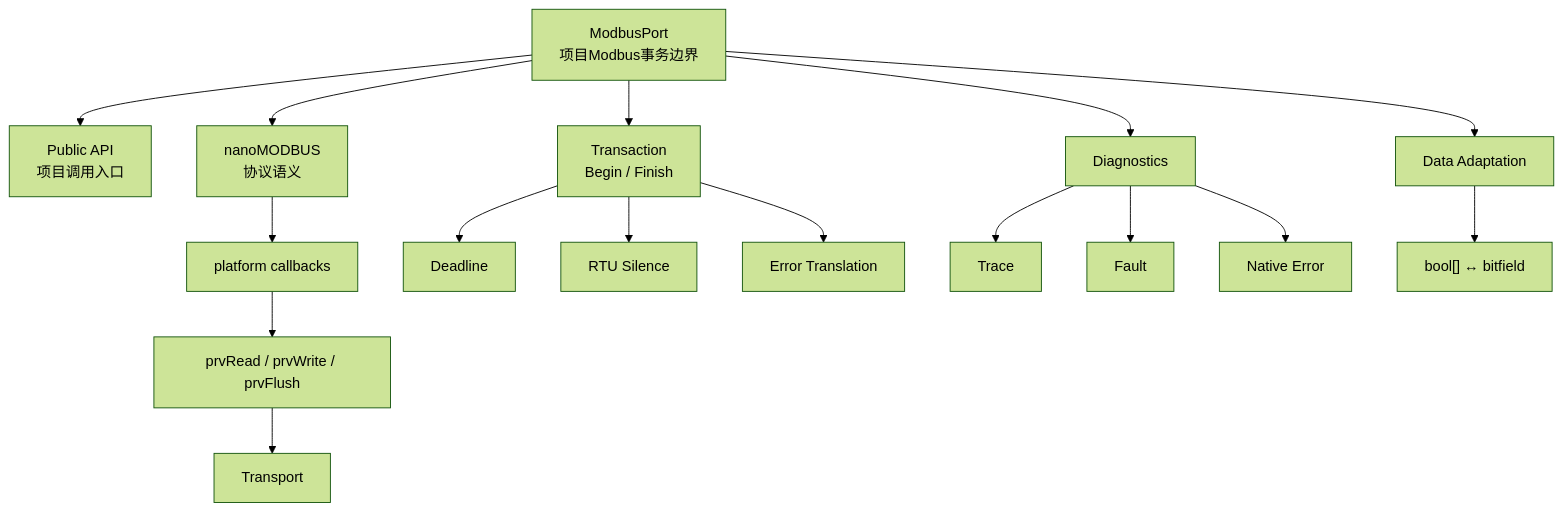
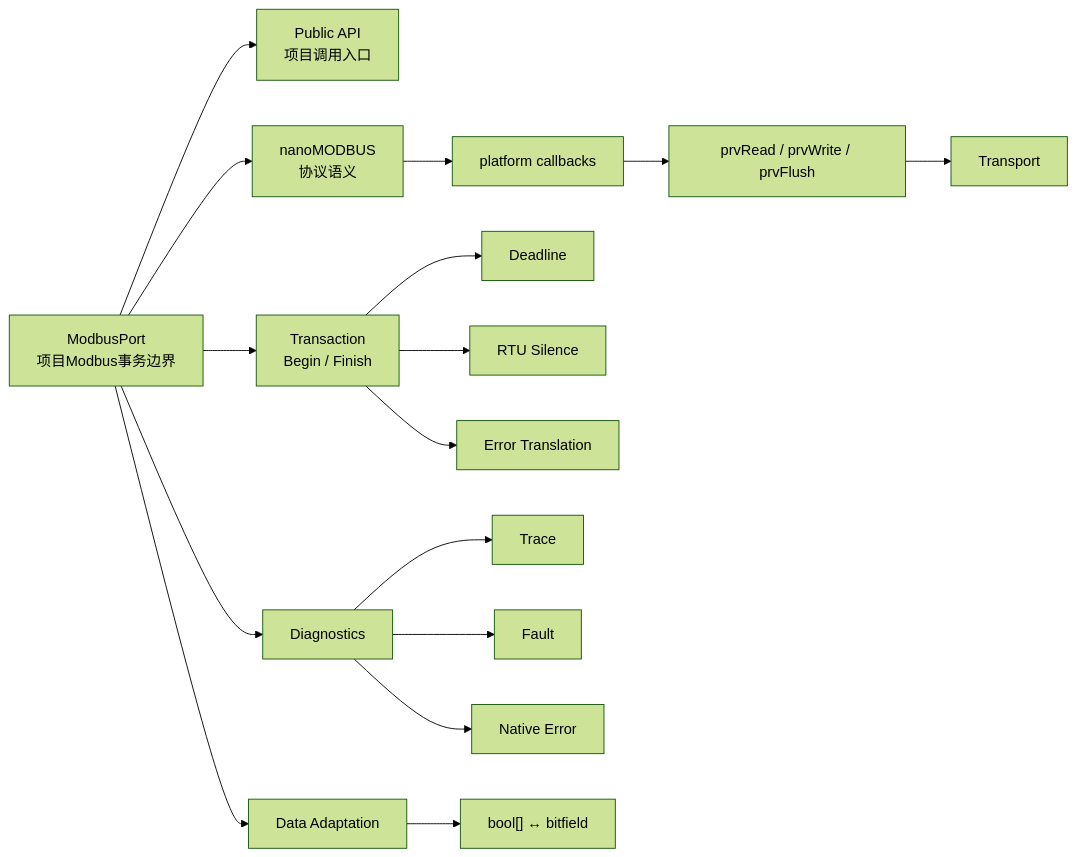
One commit to Mortal-ever/Project_Base_git changed diagram 13 of 13 in 资料文档/03_技术实现核心文档/02_源码解读/源码解构/Modbus_port知识图谱.md. Above: the diagram before and after it, drawn with Mermaid (forest theme). The commit also changed other lines of this file and 36 other files, not shown here.

````diff
--- a/资料文档/03_技术实现核心文档/02_源码解读/源码解构/Modbus_port知识图谱.md
+++ b/资料文档/03_技术实现核心文档/02_源码解读/源码解构/Modbus_port知识图谱.md
@@ -2669,30 +2682,30 @@
 ```mermaid
-flowchart TB
+flowchart LR
 
     MP["ModbusPort<br/>项目Modbus事务边界"]
 
     MP --> API["Public API<br/>项目调用入口"]
 
     MP --> TXN["Transaction<br/>Begin / Finish"]
 
     MP --> NM["nanoMODBUS<br/>协议语义"]
 
     NM --> CALLBACK["platform callbacks"]
 
     CALLBACK --> ADAPTER["prvRead / prvWrite / prvFlush"]
 
     ADAPTER --> TR["Transport"]
 
     TXN --> TIME["Deadline"]
     TXN --> SILENCE["RTU Silence"]
 
     TXN --> ERR["Error Translation"]
 
     MP --> DIAG["Diagnostics"]
     DIAG --> TRACE["Trace"]
     DIAG --> FAULT["Fault"]
     DIAG --> NATIVE["Native Error"]
 
     MP --> DATA["Data Adaptation"]
     DATA --> BITS["bool[] ↔ bitfield"]
 ```
````
